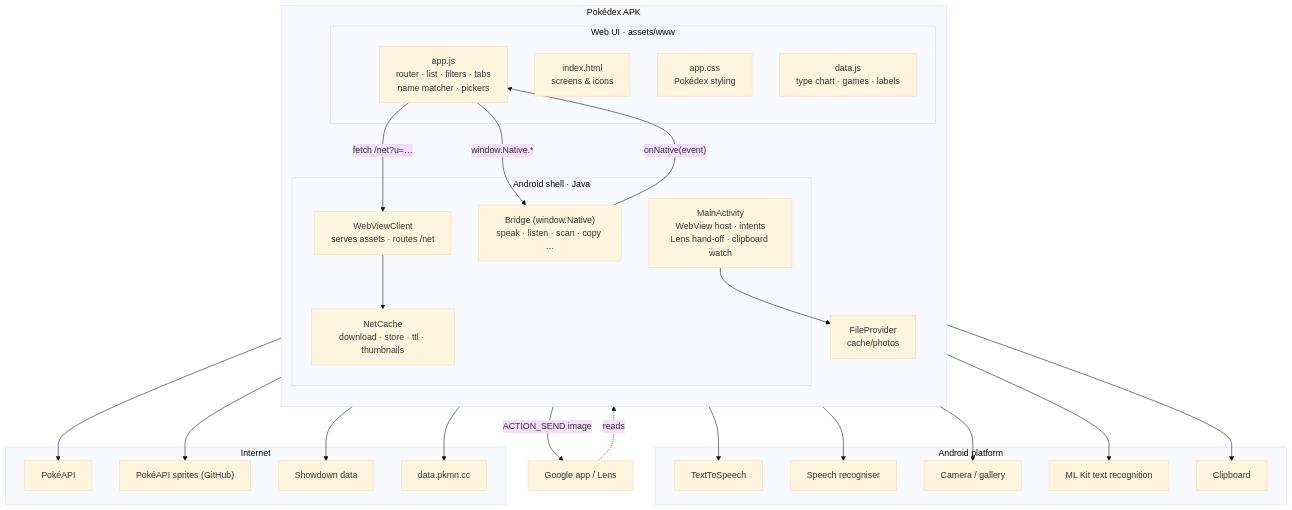
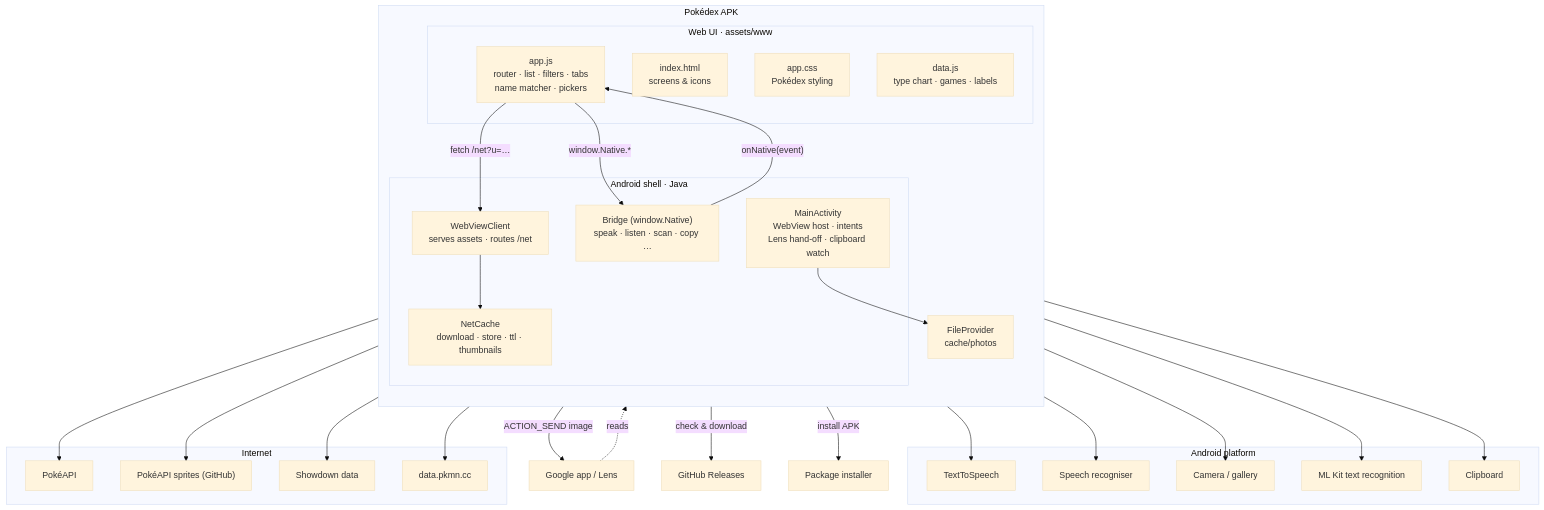
The diagram in docs/diagrams/component-diagram.md (htiekk0k/Pokedex), drawn with Mermaid (base theme) before and after one commit. The commit also changed other lines of this file and 15 other files, not shown here.

````diff
--- a/docs/diagrams/component-diagram.md
+++ b/docs/diagrams/component-diagram.md
@@ -3,46 +3,50 @@
 ```mermaid
 flowchart TB
   subgraph APK["Pokédex APK"]
     direction TB
     subgraph Web["Web UI · assets/www"]
       html["index.html<br/>screens & icons"]
       css["app.css<br/>Pokédex styling"]
       js["app.js<br/>router · list · filters · tabs<br/>name matcher · pickers"]
       data["data.js<br/>type chart · games · labels"]
     end
     subgraph Native["Android shell · Java"]
       act["MainActivity<br/>WebView host · intents<br/>Lens hand-off · clipboard watch"]
       bridge["Bridge (window.Native)<br/>speak · listen · scan · copy …"]
       client["WebViewClient<br/>serves assets · routes /net"]
       net["NetCache<br/>download · store · ttl · thumbnails"]
     end
     fp["FileProvider<br/>cache/photos"]
   end
 
   subgraph Device["Android platform"]
     tts["TextToSpeech"]
     stt["Speech recogniser"]
     cam["Camera / gallery"]
     ocr["ML Kit text recognition"]
     clip["Clipboard"]
   end
 
   subgraph Remote["Internet"]
     pokeapi["PokéAPI"]
     sprites["PokéAPI sprites (GitHub)"]
     sd["Showdown data"]
     pkmn["data.pkmn.cc"]
   end
   lens["Google app / Lens"]
+  gh["GitHub Releases"]
+  pi["Package installer"]
 
   js -- "window.Native.*" --> bridge
   bridge -- "onNative(event)" --> js
   js -- "fetch /net?u=…" --> client
   client --> net
   net --> pokeapi & sprites & sd & pkmn
   bridge --> tts & stt & cam & clip
   act --> ocr
   act -- "ACTION_SEND image" --> lens
   act --> fp
   lens -. "reads" .-> fp
+  act -- "check & download" --> gh
+  act -- "install APK" --> pi
 ```
````
